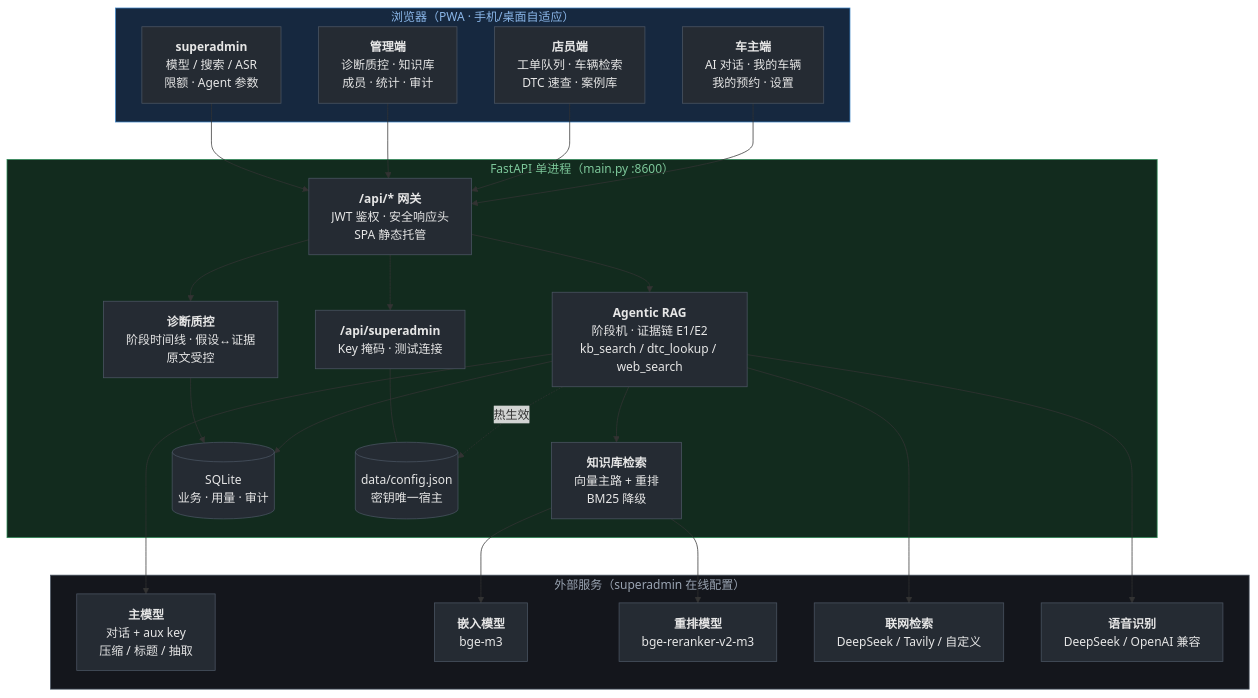
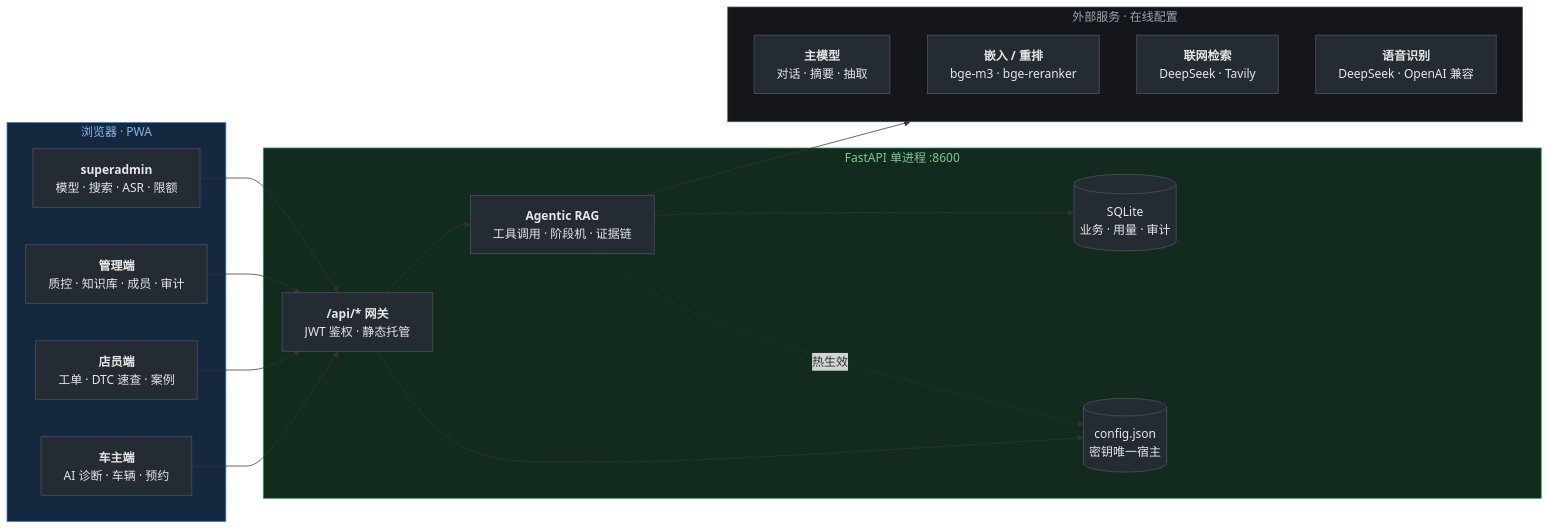
Before and after one commit to EVOL233awa/NEV-AI-Diagnostic-System: the diagram in README.md, drawn with Mermaid. The commit also changed other lines of this file and 2 other files, not shown here.

````diff
--- a/README.md
+++ b/README.md
@@ -11,51 +51,39 @@
 ```mermaid
-flowchart TB
-    subgraph browser["浏览器（PWA · 手机/桌面自适应）"]
-        B1["<b>车主端</b><br/>AI 对话 · 我的车辆<br/>我的预约 · 设置"]
-        B2["<b>店员端</b><br/>工单队列 · 车辆检索<br/>DTC 速查 · 案例库"]
-        B3["<b>管理端</b><br/>诊断质控 · 知识库<br/>成员 · 统计 · 审计"]
-        B4["<b>superadmin</b><br/>模型 / 搜索 / ASR<br/>限额 · Agent 参数"]
+flowchart LR
+    subgraph client["浏览器 · PWA"]
+        C1["<b>车主端</b><br/>AI 诊断 · 车辆 · 预约"]
+        C2["<b>店员端</b><br/>工单 · DTC 速查 · 案例"]
+        C3["<b>管理端</b><br/>质控 · 知识库 · 成员 · 审计"]
+        C4["<b>superadmin</b><br/>模型 · 搜索 · ASR · 限额"]
     end
 
-    subgraph backend["FastAPI 单进程（main.py :8600）"]
-        GW["<b>/api/* 网关</b><br/>JWT 鉴权 · 安全响应头<br/>SPA 静态托管"]
-        AG["<b>Agentic RAG</b><br/>阶段机 · 证据链 E1/E2<br/>kb_search / dtc_lookup / web_search"]
-        QC["<b>诊断质控</b><br/>阶段时间线 · 假设↔证据<br/>原文受控"]
-        RAG["<b>知识库检索</b><br/>向量主路 + 重排<br/>BM25 降级"]
+    subgraph server["FastAPI 单进程 :8600"]
+        GW["<b>/api/* 网关</b><br/>JWT 鉴权 · 静态托管"]
+        AG["<b>Agentic RAG</b><br/>工具调用 · 阶段机 · 证据链"]
         DB[("SQLite<br/>业务 · 用量 · 审计")]
-        SA["<b>/api/superadmin</b><br/>Key 掩码 · 测试连接"]
-        CFG[("data/config.json<br/>密钥唯一宿主")]
+        CFG[("config.json<br/>密钥唯一宿主")]
+        GW --> AG
+        AG --> DB
+        GW --> CFG
+        AG -. "热生效" .-> CFG
     end
 
-    subgraph cloud["外部服务（superadmin 在线配置）"]
-        M1["<b>主模型</b><br/>对话 + aux key<br/>压缩 / 标题 / 抽取"]
-        M2["<b>嵌入模型</b><br/>bge-m3"]
-        M3["<b>重排模型</b><br/>bge-reranker-v2-m3"]
-        S1["<b>联网检索</b><br/>DeepSeek / Tavily / 自定义"]
-        A1["<b>语音识别</b><br/>DeepSeek / OpenAI 兼容"]
+    subgraph ext["外部服务 · 在线配置"]
+        LLM["<b>主模型</b><br/>对话 · 摘要 · 抽取"]
+        EMB["<b>嵌入 / 重排</b><br/>bge-m3 · bge-reranker"]
+        SEA["<b>联网检索</b><br/>DeepSeek · Tavily"]
+        ASR["<b>语音识别</b><br/>DeepSeek · OpenAI 兼容"]
     end
 
-    B1 --> GW
-    B2 --> GW
-    B3 --> GW
-    B4 --> GW
-    GW --> AG
-    GW --> QC
-    GW --> SA
-    AG --> RAG
-    AG --> DB
-    QC --> DB
-    AG -. "热生效" .-> CFG
-    SA --- CFG
-    AG --> M1
-    AG --> S1
-    AG --> A1
-    RAG --> M2
-    RAG --> M3
+    C1 --> GW
+    C2 --> GW
+    C3 --> GW
+    C4 --> GW
+    AG --> ext
 
     classDef node fill:#252b33,stroke:#4b5563,color:#e6e6e6
-    class B1,B2,B3,B4,GW,AG,QC,RAG,DB,SA,CFG,M1,M2,M3,S1,A1 node
-    style browser fill:#16283f,stroke:#3b82c4,color:#8ab6e8
-    style backend fill:#122b1e,stroke:#2e8b57,color:#7dc79a
-    style cloud fill:#14161c,stroke:#4b5563,color:#9aa4b2
+    class C1,C2,C3,C4,GW,AG,DB,CFG,LLM,EMB,SEA,ASR node
+    style client fill:#16283f,stroke:#3b82c4,color:#8ab6e8
+    style server fill:#122b1e,stroke:#2e8b57,color:#7dc79a
+    style ext fill:#14161c,stroke:#4b5563,color:#9aa4b2
 ```
````
